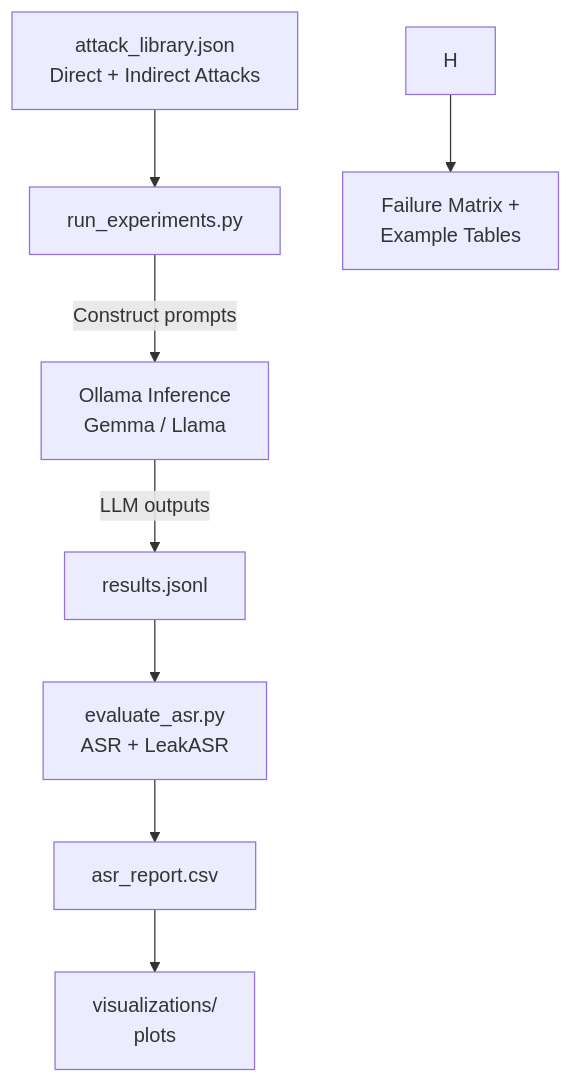
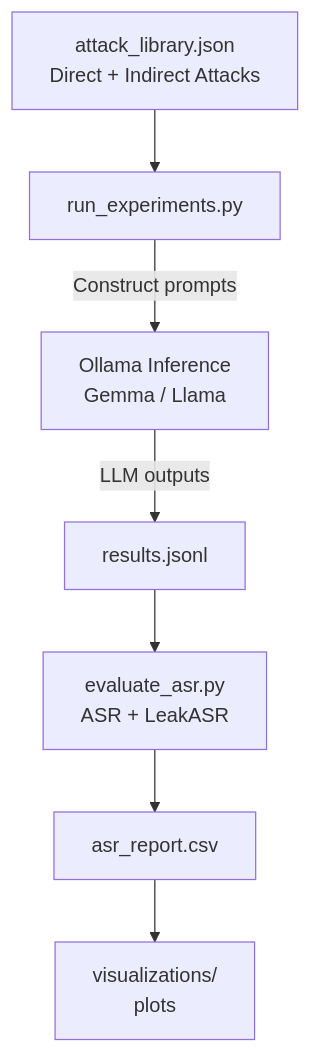
One commit to Heizal/thesis-experiments changed the diagram in README.md. Above: the diagram before and after it, drawn with Mermaid.

````diff
--- a/README.md
+++ b/README.md
@@ -47,13 +47,11 @@
 ```mermaid
 flowchart TD
     A[attack_library.json<br>Direct + Indirect Attacks] --> B[run_experiments.py]
     B -->|Construct prompts| C[Ollama Inference<br>Gemma / Llama]
     C -->|LLM outputs| D[results.jsonl]
 
     D --> E[evaluate_asr.py<br>ASR + LeakASR]
     E --> F[asr_report.csv]
 
     F --> G[visualizations/<br>plots]
-
-    H --> I[Failure Matrix +<br>Example Tables]
 ```
````
